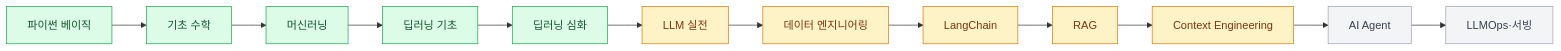
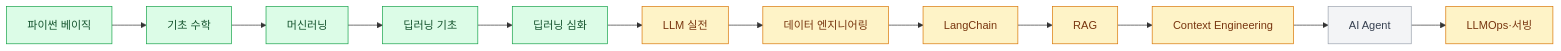
One commit to ysl727727/TIL changed the diagram in README.md. Above: the diagram before and after it, drawn with Mermaid. The commit also changed other lines of this file and 8 other files, not shown here.

````diff
--- a/README.md
+++ b/README.md
@@ -27,12 +27,12 @@
 ```mermaid
 flowchart LR
     PY[파이썬 베이직] --> BM[기초 수학] --> ML[머신러닝] --> DLB[딥러닝 기초] --> DLA[딥러닝 심화] --> LLM[LLM 실전]
     LLM --> DE[데이터 엔지니어링] --> LC[LangChain] --> RAG[RAG] --> CE[Context Engineering] --> AG[AI Agent] --> OPS[LLMOps·서빙]
 
     classDef done fill:#dcfce7,stroke:#16a34a,color:#14532d
     classDef now fill:#fef3c7,stroke:#d97706,color:#78350f
     classDef next fill:#f3f4f6,stroke:#9ca3af,color:#374151
     class PY,BM,ML,DLB,DLA done
-    class LLM,DE,LC,RAG,CE now
-    class AG,OPS next
+    class LLM,DE,LC,RAG,CE,OPS now
+    class AG next
 ```
````
